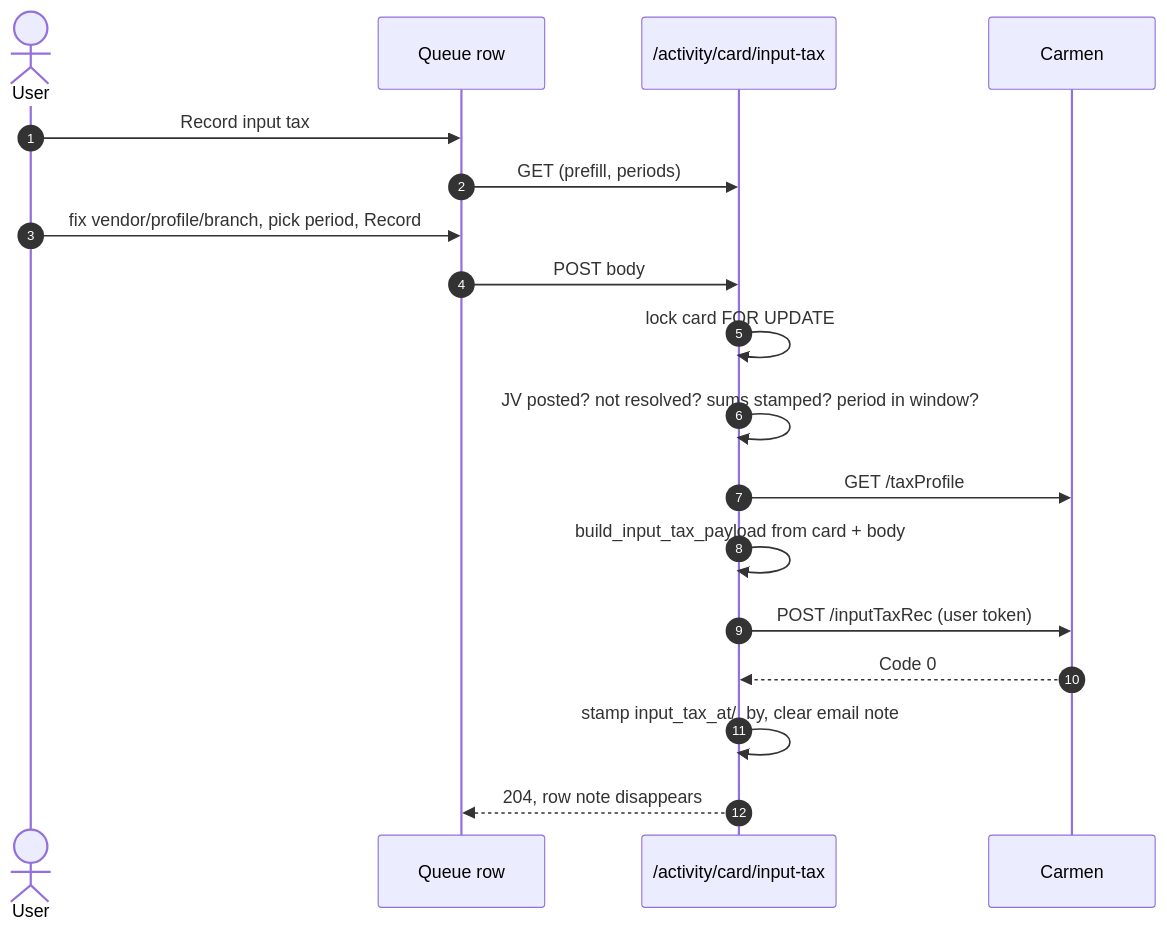
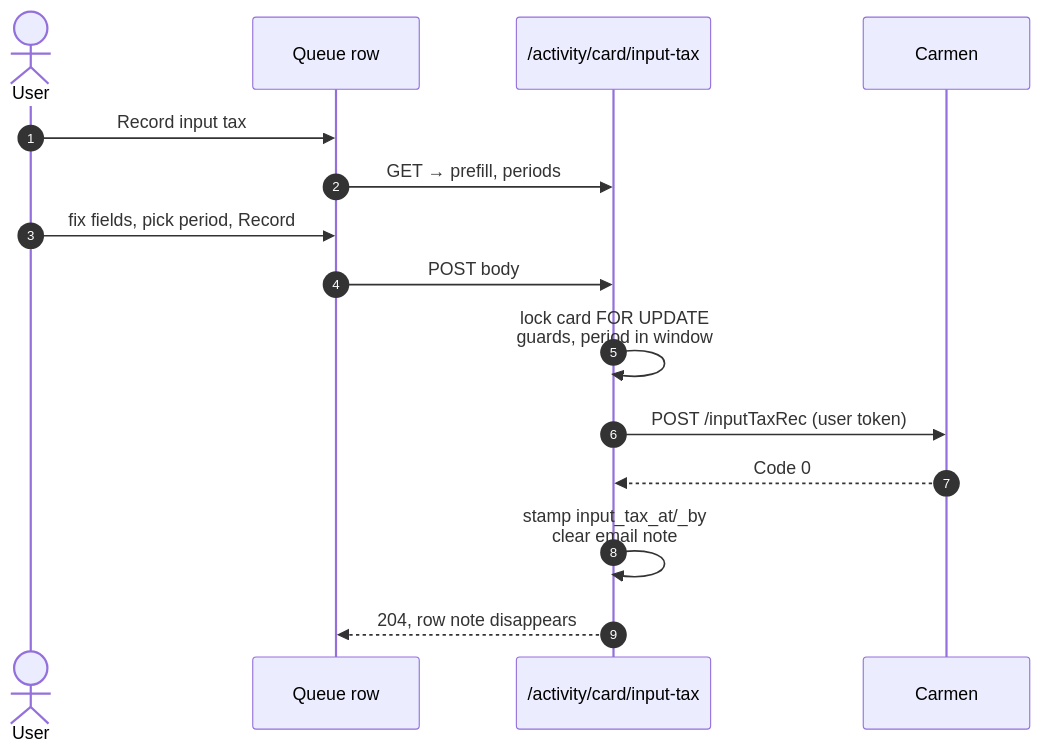
The sixth of 6 diagrams in docs/frd/FRD-09-input-tax-reconciliation.md (developer-carmensoftware/OCR), drawn with Mermaid before and after one commit.

Commit message:
docs(frd-09): fold diagram 8.4 to 9 steps so it renders above 60%

````diff
--- a/docs/frd/FRD-09-input-tax-reconciliation.md
+++ b/docs/frd/FRD-09-input-tax-reconciliation.md
@@ -316,20 +316,17 @@
 ```mermaid 8.4 | Built from what was stamped with the JV, not from a browser
 sequenceDiagram
     autonumber
     actor U as User
     participant Q as Queue row
     participant API as /activity/card/input-tax
     participant C as Carmen
     U->>Q: Record input tax
-    Q->>API: GET (prefill, periods)
-    U->>Q: fix vendor/profile/branch, pick period, Record
+    Q->>API: GET → prefill, periods
+    U->>Q: fix fields, pick period, Record
     Q->>API: POST body
-    API->>API: lock card FOR UPDATE
-    API->>API: JV posted? not resolved? sums stamped? period in window?
-    API->>C: GET /taxProfile
-    API->>API: build_input_tax_payload from card + body
+    API->>API: lock card FOR UPDATE<br/>guards, period in window
     API->>C: POST /inputTaxRec (user token)
     C-->>API: Code 0
-    API->>API: stamp input_tax_at/_by, clear email note
+    API->>API: stamp input_tax_at/_by<br/>clear email note
     API-->>Q: 204, row note disappears
 ```
````
